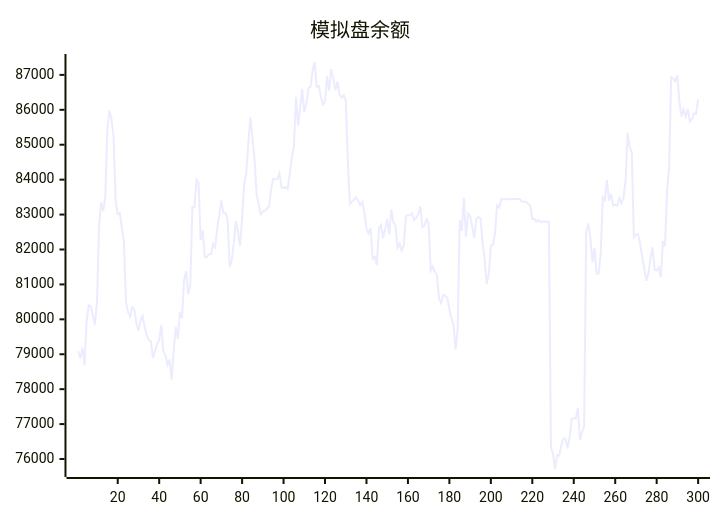
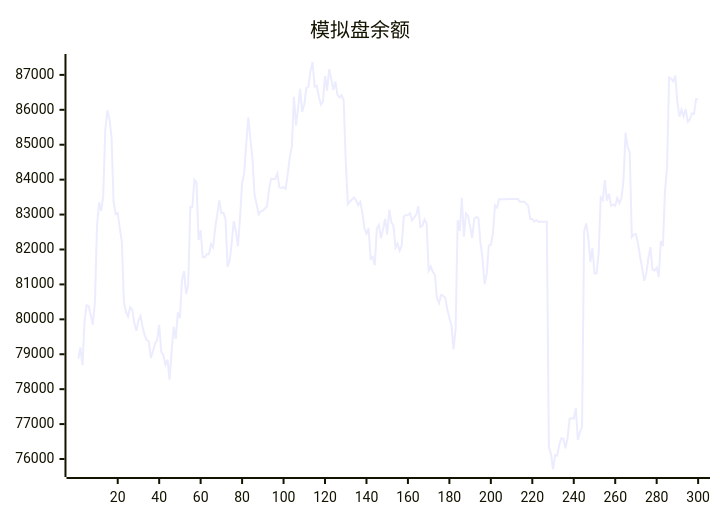
The diagram in README.md (aahl/ai-trading), drawn with Mermaid before and after one commit. The commit also changed other lines of this file and 1 other file, not shown here.

````diff
--- a/README.md
+++ b/README.md
@@ -5,5 +5,5 @@
 ```mermaid
 xychart
     title "模拟盘余额"
-    line [79084,78879,79193,78686,79954,80403,80374,80118,79848,80491,82665,83351,83098,83525,85430,85983,85737,85221,83378,83014,83043,82613,82216,80477,80208,80081,80348,80277,79894,79670,79965,80093,79786,79542,79406,79371,78893,79087,79304,79406,79841,79072,78978,78696,78846,78272,79085,79787,79442,80198,80031,81120,81379,80718,80985,83214,83212,83993,83921,82270,82547,81776,81776,81866,81866,82158,82061,82596,83000,83408,83041,83050,82858,81503,81691,82188,82812,82517,82092,82901,83898,84180,85030,85781,85178,84604,83569,83298,83008,83093,83107,83175,83228,83729,84025,84017,84019,84177,83775,83762,83785,83738,84160,84639,84939,86370,85548,86046,86599,85942,86161,86622,86664,87115,87369,86666,86685,86384,86152,86243,86969,86548,87164,86885,86566,86809,86427,86348,86417,86273,84538,83299,83369,83430,83490,83404,83270,83362,83056,82605,82459,82614,81734,81788,81551,82598,82702,82320,82580,82878,82426,83139,82778,82686,82056,82166,81963,82110,82951,82983,82984,83038,82838,82915,82998,83235,82642,82682,82858,82746,81396,81512,81362,81277,80600,80461,80699,80673,80616,80288,80038,79836,79142,79722,82837,82533,83480,82366,83032,82960,82654,82330,82883,82934,82901,82188,81728,81005,81298,82110,82135,82449,83264,83203,83440,83439,83440,83440,83446,83447,83448,83447,83448,83449,83369,83369,83369,83313,83256,82872,82873,82801,82844,82785,82791,82791,82793,82794,76339,76145,75714,76110,76096,76397,76594,76585,76310,76607,77160,77170,77160,77456,76541,76774,76927,82520,82744,82337,81639,82040,81307,81314,81887,83490,83414,83984,83396,83594,83261,83287,83253,83470,83327,83465,83987,85348,84930,84786,82355,82433,82438,82167,81795,81466,81105,81315,81756,82064,81426,81398,81481,81210,82242,82099,83658,84359,86925,86892,86814,86980,86203,85802,86003,85811,86028,85657,85721,85896,85880,86300]
+    line [78879,79193,78686,79954,80403,80374,80118,79848,80491,82665,83351,83098,83525,85430,85983,85737,85221,83378,83014,83043,82613,82216,80477,80208,80081,80348,80277,79894,79670,79965,80093,79786,79542,79406,79371,78893,79087,79304,79406,79841,79072,78978,78696,78846,78272,79085,79787,79442,80198,80031,81120,81379,80718,80985,83214,83212,83993,83921,82270,82547,81776,81776,81866,81866,82158,82061,82596,83000,83408,83041,83050,82858,81503,81691,82188,82812,82517,82092,82901,83898,84180,85030,85781,85178,84604,83569,83298,83008,83093,83107,83175,83228,83729,84025,84017,84019,84177,83775,83762,83785,83738,84160,84639,84939,86370,85548,86046,86599,85942,86161,86622,86664,87115,87369,86666,86685,86384,86152,86243,86969,86548,87164,86885,86566,86809,86427,86348,86417,86273,84538,83299,83369,83430,83490,83404,83270,83362,83056,82605,82459,82614,81734,81788,81551,82598,82702,82320,82580,82878,82426,83139,82778,82686,82056,82166,81963,82110,82951,82983,82984,83038,82838,82915,82998,83235,82642,82682,82858,82746,81396,81512,81362,81277,80600,80461,80699,80673,80616,80288,80038,79836,79142,79722,82837,82533,83480,82366,83032,82960,82654,82330,82883,82934,82901,82188,81728,81005,81298,82110,82135,82449,83264,83203,83440,83439,83440,83440,83446,83447,83448,83447,83448,83449,83369,83369,83369,83313,83256,82872,82873,82801,82844,82785,82791,82791,82793,82794,76339,76145,75714,76110,76096,76397,76594,76585,76310,76607,77160,77170,77160,77456,76541,76774,76927,82520,82744,82337,81639,82040,81307,81314,81887,83490,83414,83984,83396,83594,83261,83287,83253,83470,83327,83465,83987,85348,84930,84786,82355,82433,82438,82167,81795,81466,81105,81315,81756,82064,81426,81398,81481,81210,82242,82099,83658,84359,86925,86892,86814,86980,86203,85802,86003,85811,86028,85657,85721,85896,85880,86300,86299]
 ```
````
